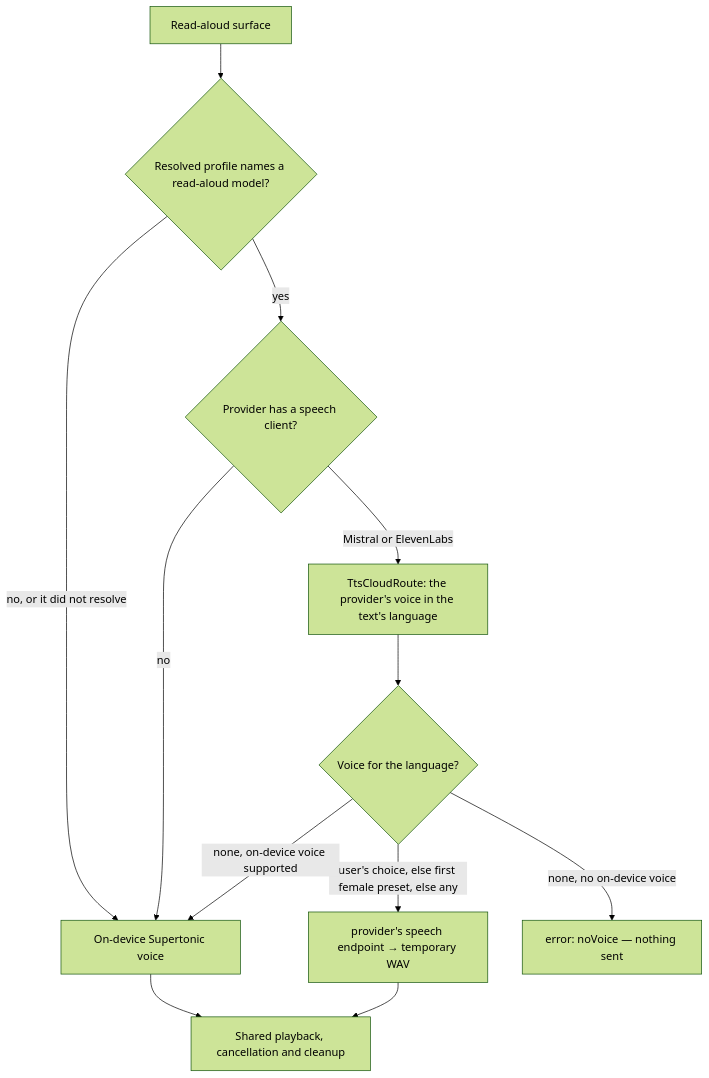
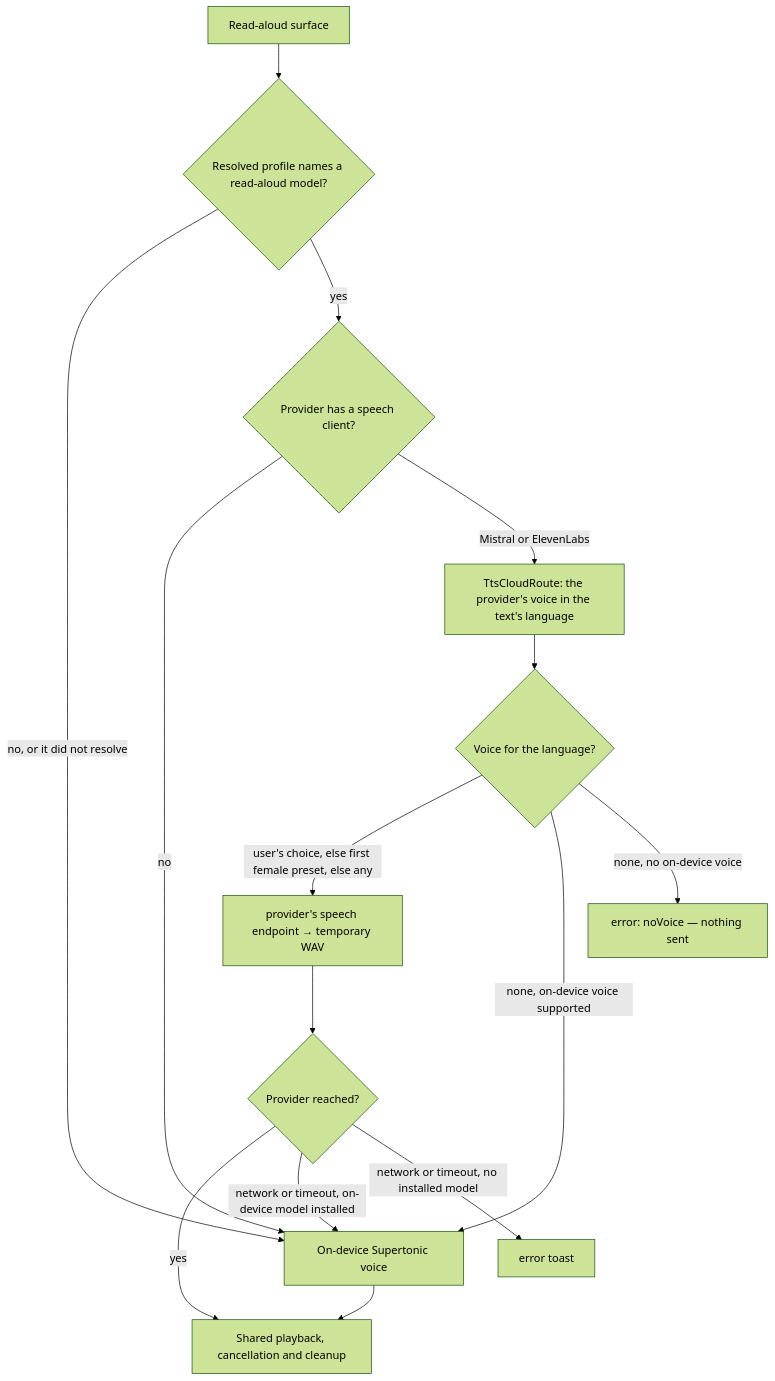
The second of 5 diagrams in knowledge/features/tts.md (matthiasn/lotti), drawn with Mermaid (forest theme) before and after one commit. The commit also changed other lines of this file and 31 other files, not shown here.

````diff
--- a/knowledge/features/tts.md
+++ b/knowledge/features/tts.md
@@ -175,14 +189,17 @@
 ```mermaid
 flowchart TD
   Surface["Read-aloud surface"] --> Profile{"Resolved profile names a read-aloud model?"}
   Profile -->|no, or it did not resolve| Local["On-device Supertonic voice"]
   Profile -->|yes| Client{"Provider has a speech client?"}
   Client -->|no| Local
   Client -->|Mistral or ElevenLabs| Cloud["TtsCloudRoute: the provider's voice in the text's language"]
   Cloud --> Voice{"Voice for the language?"}
   Voice -->|user's choice, else first female preset, else any| Speak["provider's speech endpoint → temporary WAV"]
   Voice -->|none, on-device voice supported| Local
   Voice -->|none, no on-device voice| NoVoice["error: noVoice — nothing sent"]
-  Local --> Play["Shared playback, cancellation and cleanup"]
-  Speak --> Play
+  Speak --> Reached{"Provider reached?"}
+  Reached -->|yes| Play["Shared playback, cancellation and cleanup"]
+  Reached -->|network or timeout, on-device model installed| Local
+  Reached -->|network or timeout, no installed model| Failed["error toast"]
+  Local --> Play
 ```
````
